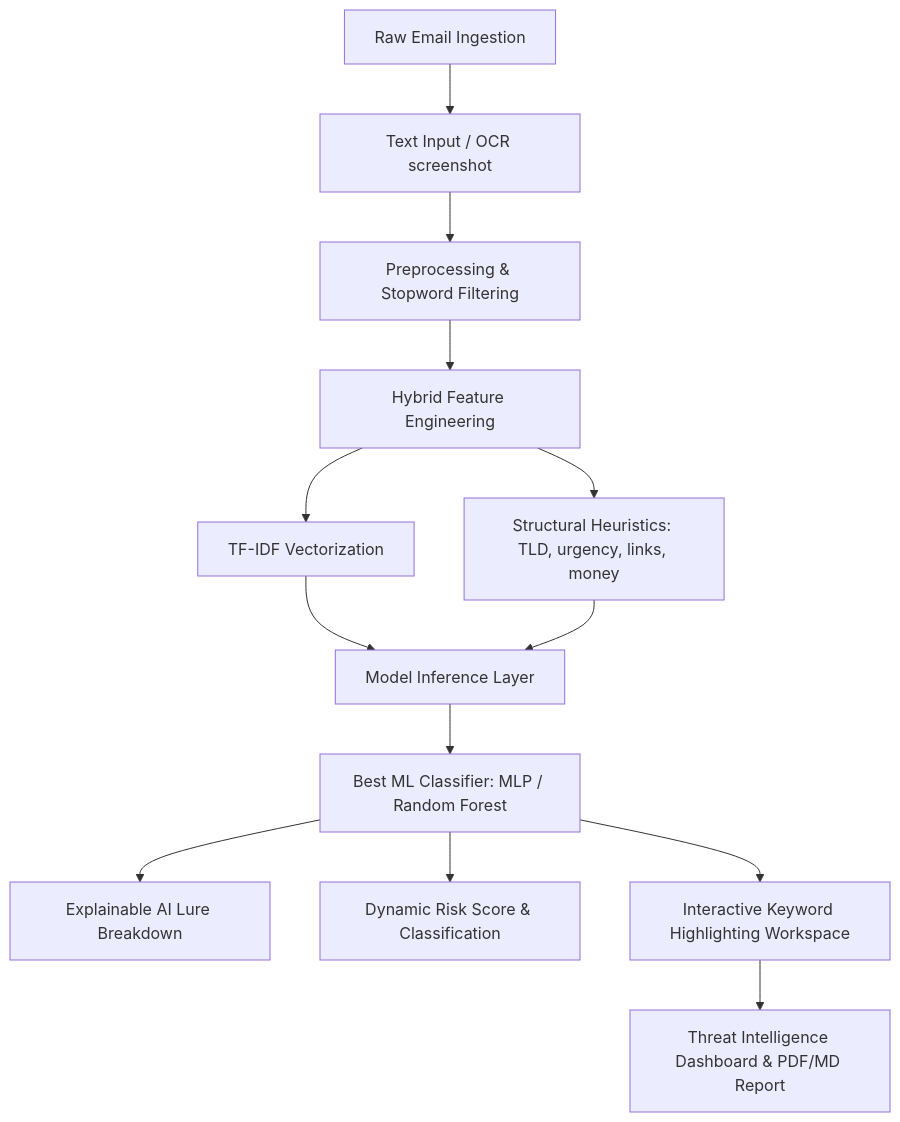
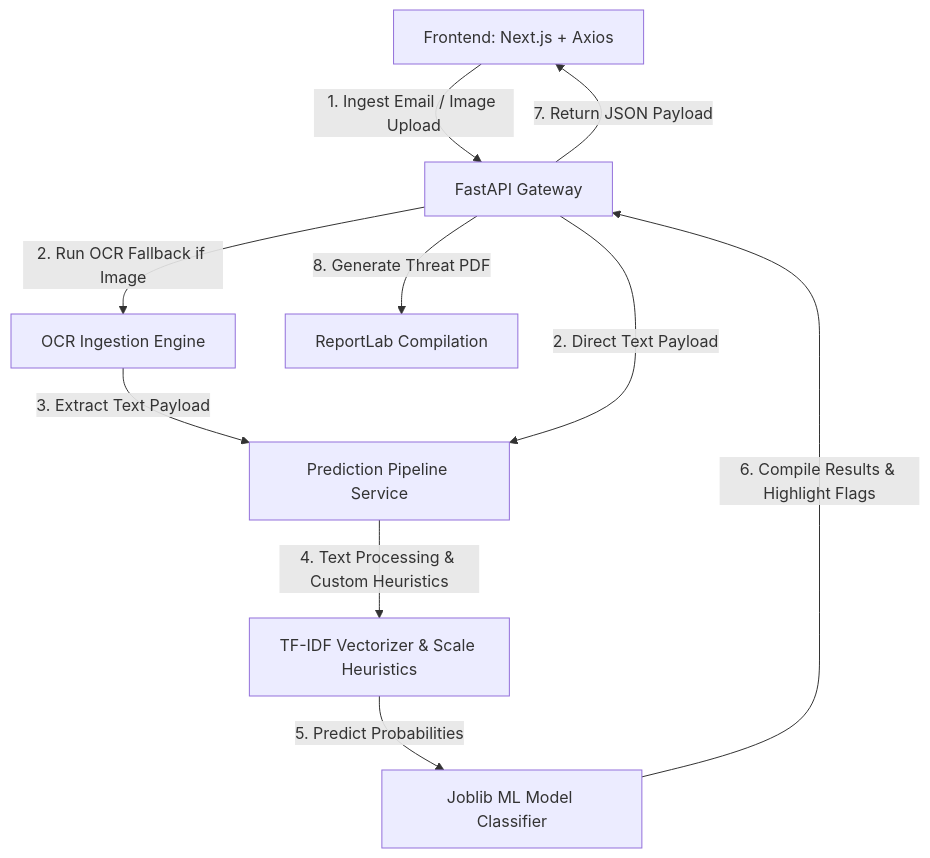
The diagram in README.md (Sarabjeet-singh-Grimreaper/Ai-driven-phishing-email-project), drawn with Mermaid before and after one commit. The commit also changed other lines of this file and 51 other files, not shown here.

````diff
--- a/README.md
+++ b/README.md
@@ -17,14 +9,12 @@
 ```mermaid
 graph TD
-    A[Raw Email Ingestion] --> B[Text Input / OCR screenshot]
-    B --> C[Preprocessing & Stopword Filtering]
-    C --> D[Hybrid Feature Engineering]
-    D --> D1[TF-IDF Vectorization]
-    D --> D2[Structural Heuristics: TLD, urgency, links, money]
-    D1 & D2 --> E[Model Inference Layer]
-    E --> F[Best ML Classifier: MLP / Random Forest]
-    F --> G[Explainable AI Lure Breakdown]
-    F --> H[Dynamic Risk Score & Classification]
-    F --> I[Interactive Keyword Highlighting Workspace]
-    I --> J[Threat Intelligence Dashboard & PDF/MD Report]
+    A[Frontend: Next.js + Axios] -->|1. Ingest Email / Image Upload| B[FastAPI Gateway]
+    B -->|2. Run OCR Fallback if Image| C[OCR Ingestion Engine]
+    C -->|3. Extract Text Payload| D[Prediction Pipeline Service]
+    B -->|2. Direct Text Payload| D
+    D -->|4. Text Processing & Custom Heuristics| E[TF-IDF Vectorizer & Scale Heuristics]
+    E -->|5. Predict Probabilities| F[Joblib ML Model Classifier]
+    F -->|6. Compile Results & Highlight Flags| B
+    B -->|7. Return JSON Payload| A
+    B -->|8. Generate Threat PDF| G[ReportLab Compilation]
 ```
````
